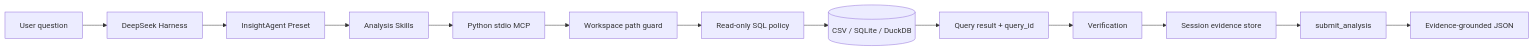
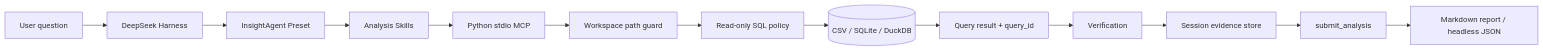
The diagram in README.md (szsdsk/dsh-insight-agent), drawn with Mermaid before and after one commit. The commit also changed other lines of this file and 3 other files, not shown here.

````diff
--- a/README.md
+++ b/README.md
@@ -26,15 +26,15 @@
 ```mermaid
 flowchart LR
     U[User question] --> H[DeepSeek Harness]
     H --> P[InsightAgent Preset]
     P --> K[Analysis Skills]
     K --> M[Python stdio MCP]
     M --> G[Workspace path guard]
     G --> Q[Read-only SQL policy]
     Q --> D[(CSV / SQLite / DuckDB)]
     D --> R[Query result + query_id]
     R --> V[Verification]
     V --> E[Session evidence store]
     E --> S[submit_analysis]
-    S --> O[Evidence-grounded JSON]
+    S --> O[Markdown report / headless JSON]
 ```
````
